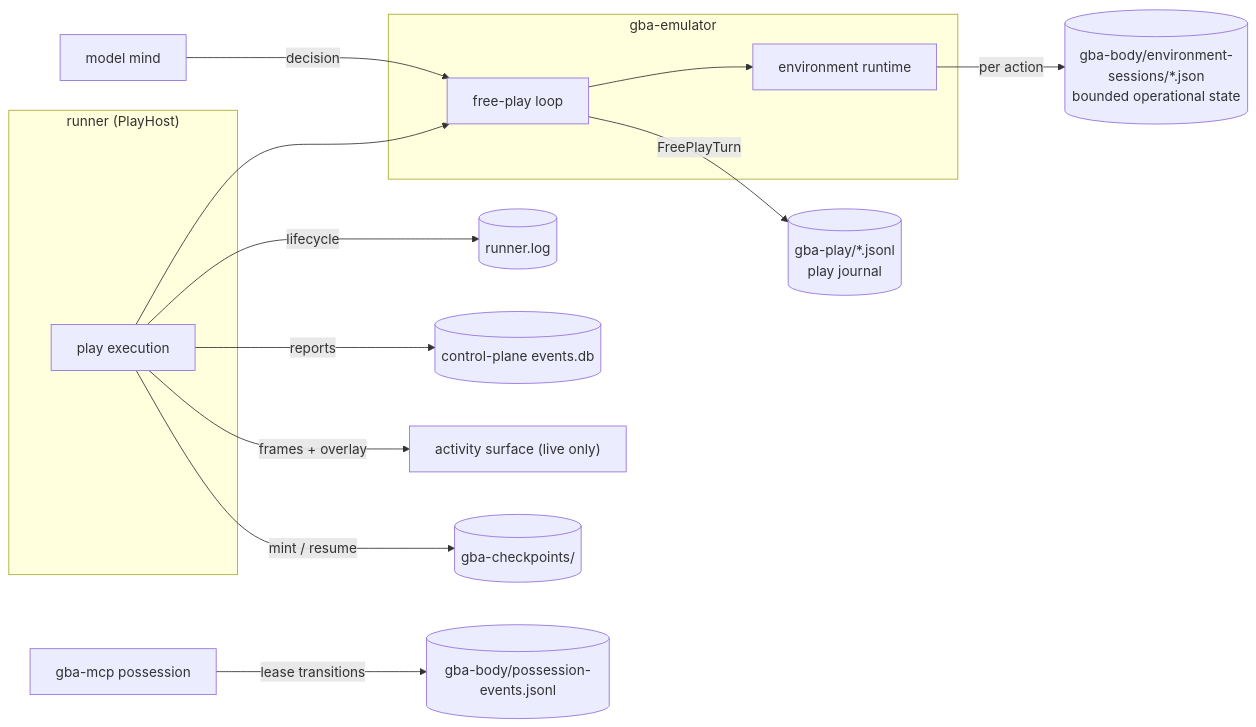
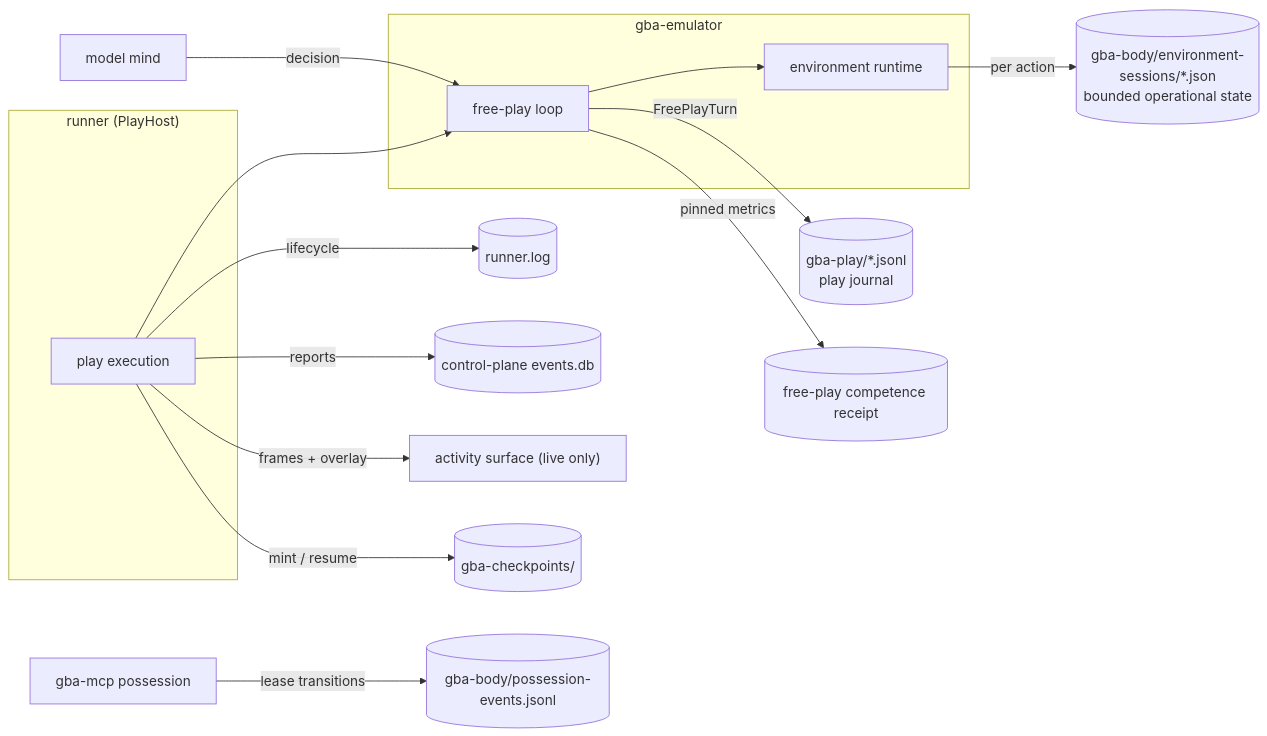
Before and after one commit to Volpestyle/clankie: the diagram in docs/08-observability-debugging.md, drawn with Mermaid. The commit also changed other lines of this file and 48 other files, not shown here.

````diff
--- a/docs/08-observability-debugging.md
+++ b/docs/08-observability-debugging.md
@@ -21,18 +22,19 @@
 ```mermaid
 flowchart LR
   subgraph runner["runner (PlayHost)"]
     exec["play execution"]
   end
   subgraph emulator["gba-emulator"]
     loop["free-play loop"] --> session["environment runtime"]
   end
   mind["model mind"] -->|decision| loop
   exec --> loop
   loop -->|"FreePlayTurn"| journal[("gba-play/*.jsonl<br/>play journal")]
   session -->|"per action"| record[("gba-body/environment-sessions/*.json<br/>bounded operational state")]
   exec -->|lifecycle| rlog[("runner.log")]
   exec -->|reports| cp[("control-plane events.db")]
+  loop -->|pinned metrics| competence[("free-play competence receipt")]
   exec -->|"frames + overlay"| activity["activity surface (live only)"]
   exec -->|"mint / resume"| ckpt[("gba-checkpoints/")]
   mcp["gba-mcp possession"] -->|"lease transitions"| plog[("gba-body/possession-events.jsonl")]
 ```
````
